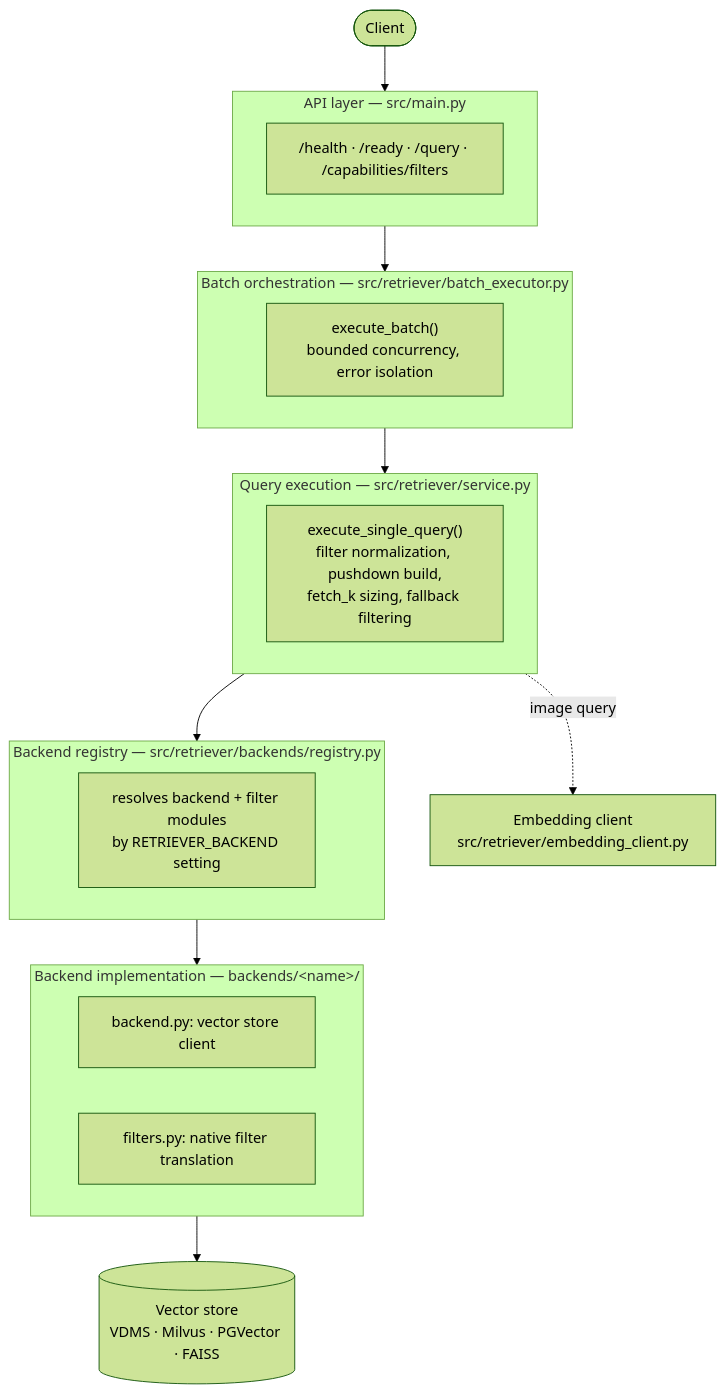
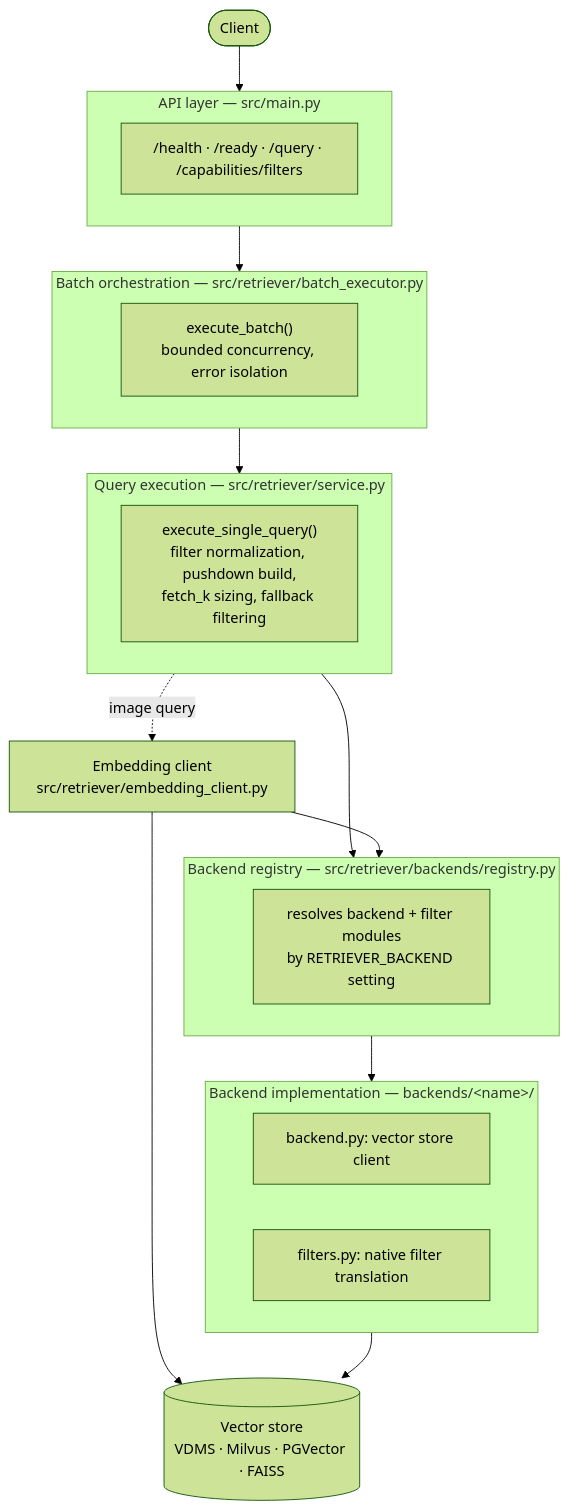
The first of 2 diagrams in microservices/vector-retriever/vector-retriever/docs/user-guide/how-it-works.md (open-edge-platform/edge-ai-libraries), drawn with Mermaid (forest theme) before and after one commit. The commit also changed 1 other file, not shown here.

Commit message:
test checklist - add interactivity, update arch diagram

````diff
--- a/microservices/vector-retriever/vector-retriever/docs/user-guide/how-it-works.md
+++ b/microservices/vector-retriever/vector-retriever/docs/user-guide/how-it-works.md
@@ -16,33 +16,35 @@
 ```mermaid
 flowchart TB
     Client(["Client"])
 
     subgraph API["API layer — src/main.py"]
         Endpoints["/health · /ready · /query · /capabilities/filters"]
     end
 
     subgraph Orchestration["Batch orchestration — src/retriever/batch_executor.py"]
         Batch["execute_batch()\nbounded concurrency, error isolation"]
     end
 
     subgraph Execution["Query execution — src/retriever/service.py"]
         Service["execute_single_query()\nfilter normalization, pushdown build,\nfetch_k sizing, fallback filtering"]
     end
 
     subgraph Registry["Backend registry — src/retriever/backends/registry.py"]
         Reg["resolves backend + filter modules\nby RETRIEVER_BACKEND setting"]
     end
 
     subgraph Backend["Backend implementation — backends/&lt;name&gt;/"]
         Impl["backend.py: vector store client"]
         Filt["filters.py: native filter translation"]
     end
 
     Embedding["Embedding client\nsrc/retriever/embedding_client.py"]
     Store[("Vector store\nVDMS · Milvus · PGVector · FAISS")]
 
     Client --> API --> Orchestration --> Execution
     Execution --> Registry --> Backend
     Execution -.image query.-> Embedding
+    Embedding --> Store
+    Embedding --> Registry
     Backend --> Store
 ```
````
